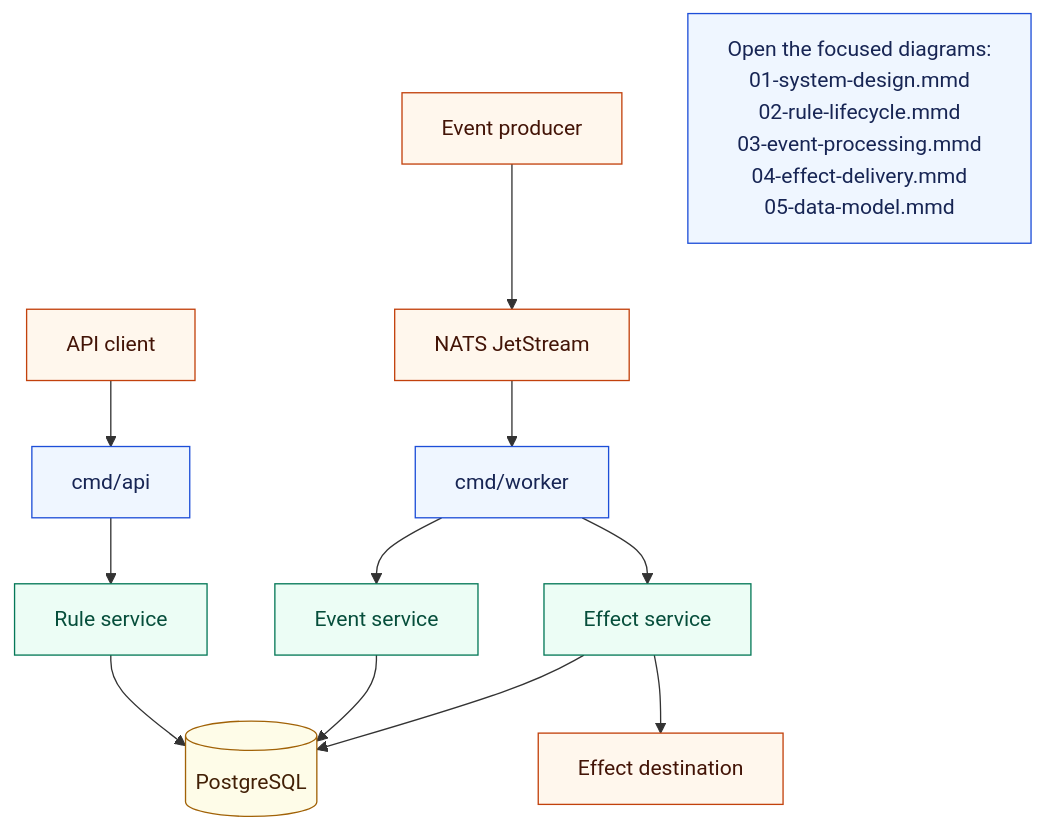
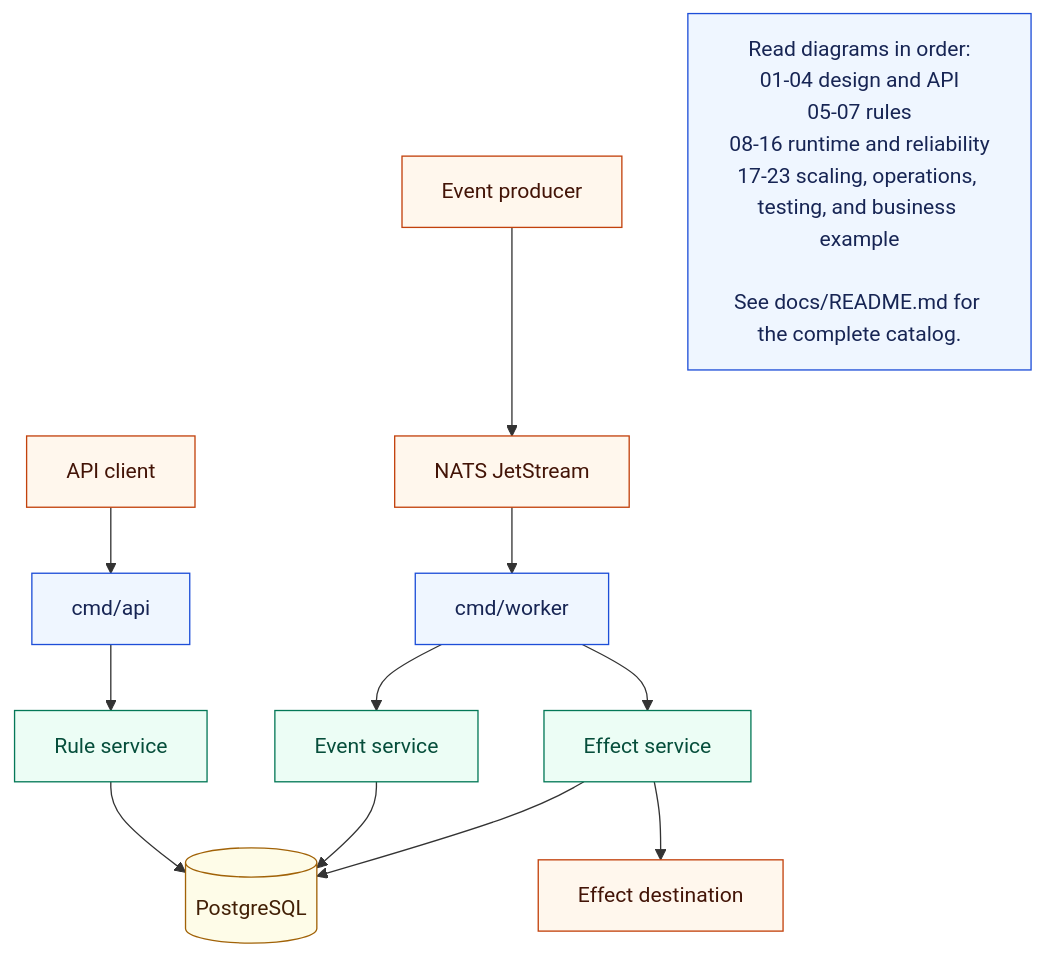
The diagram in docs/flow.mmd (premchandkpc/kafka-simulate-rule), drawn with Mermaid before and after one commit. The commit also changed 23 other files, not shown here.

Commit message:
docs: organize architecture diagrams

```diff
--- a/docs/flow.mmd
+++ b/docs/flow.mmd
@@ -1,25 +1,25 @@
 flowchart TB
     %% Start here: a small map of the focused diagrams in this directory.
     classDef entry fill:#eff6ff,stroke:#1d4ed8,color:#172554
     classDef service fill:#ecfdf5,stroke:#047857,color:#064e3b
     classDef store fill:#fefce8,stroke:#a16207,color:#422006
     classDef external fill:#fff7ed,stroke:#c2410c,color:#431407
 
     Client[API client]:::external
     Producer[Event producer]:::external
     Target[Effect destination]:::external
     API[cmd/api]:::entry
     Worker[cmd/worker]:::entry
     Rules[Rule service]:::service
     Events[Event service]:::service
     Effects[Effect service]:::service
     DB[(PostgreSQL)]:::store
     NATS[NATS JetStream]:::external
 
     Client --> API --> Rules --> DB
     Producer --> NATS --> Worker --> Events
     Events --> DB
     Worker --> Effects --> DB
     Effects --> Target
 
-    Note[Open the focused diagrams:<br/>01-system-design.mmd<br/>02-rule-lifecycle.mmd<br/>03-event-processing.mmd<br/>04-effect-delivery.mmd<br/>05-data-model.mmd]:::entry
+    Note[Read diagrams in order:<br/>01-04 design and API<br/>05-07 rules<br/>08-16 runtime and reliability<br/>17-23 scaling, operations, testing, and business example<br/><br/>See docs/README.md for the complete catalog.]:::entry
```
